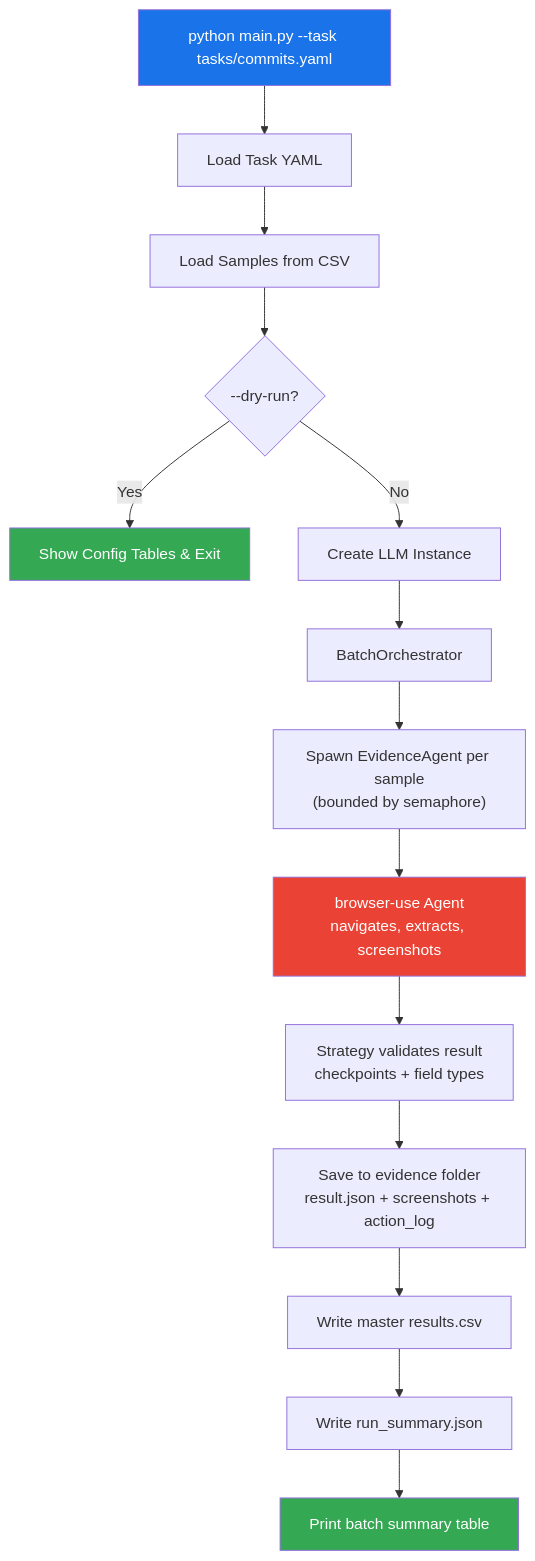
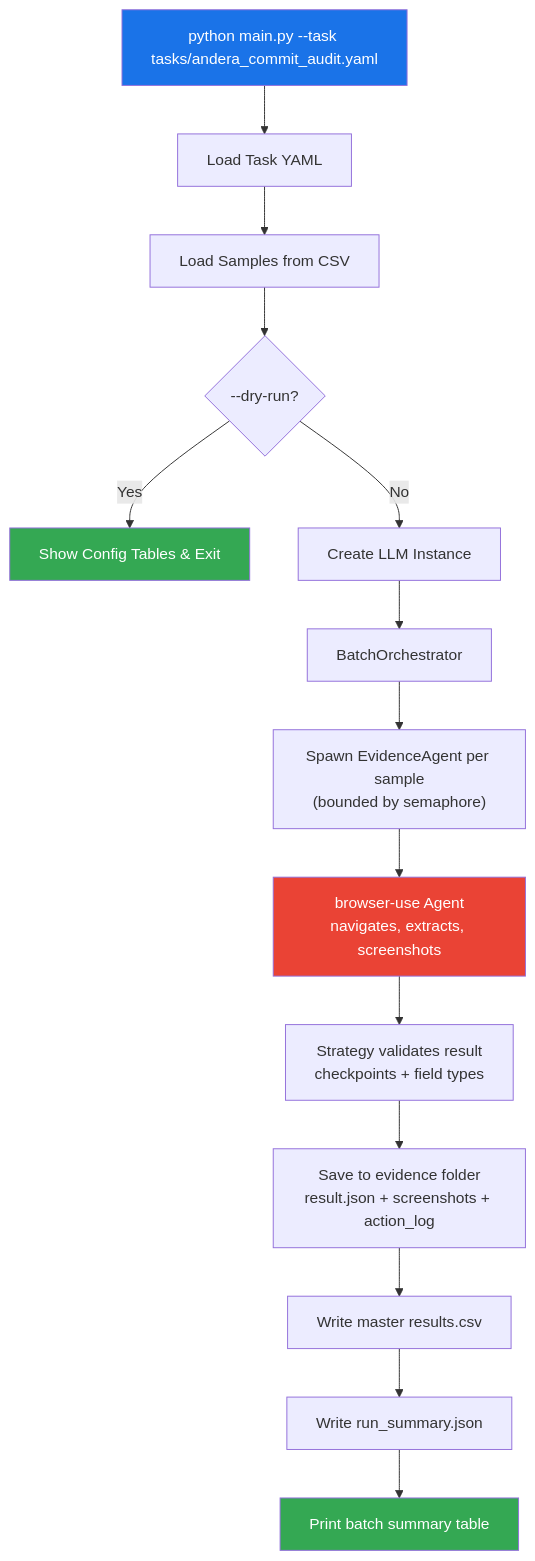
One commit to HumbleBee14/browser_use_agent changed the first of 5 diagrams in docs/ARCHITECTURE_DIAGRAM.md. Above: the diagram before and after it, drawn with Mermaid. The commit also changed other lines of this file and 9 other files, not shown here.

````diff
--- a/docs/ARCHITECTURE_DIAGRAM.md
+++ b/docs/ARCHITECTURE_DIAGRAM.md
@@ -9,21 +9,21 @@
 ```mermaid
 flowchart TD
-    A["python main.py --task tasks/commits.yaml"] --> B[Load Task YAML]
+    A["python main.py --task tasks/andera_commit_audit.yaml"] --> B[Load Task YAML]
     B --> C[Load Samples from CSV]
     C --> D{--dry-run?}
     D -->|Yes| E[Show Config Tables & Exit]
     D -->|No| F[Create LLM Instance]
     F --> G[BatchOrchestrator]
     G --> H["Spawn EvidenceAgent per sample<br/>(bounded by semaphore)"]
     H --> I["browser-use Agent<br/>navigates, extracts, screenshots"]
     I --> J[Strategy validates result<br/>checkpoints + field types]
     J --> K[Save to evidence folder<br/>result.json + screenshots + action_log]
     K --> L[Write master results.csv]
     L --> M[Write run_summary.json]
     M --> N["Print batch summary table"]
 
     style A fill:#1a73e8,color:#fff
     style E fill:#34a853,color:#fff
     style I fill:#ea4335,color:#fff
     style N fill:#34a853,color:#fff
 ```
````
